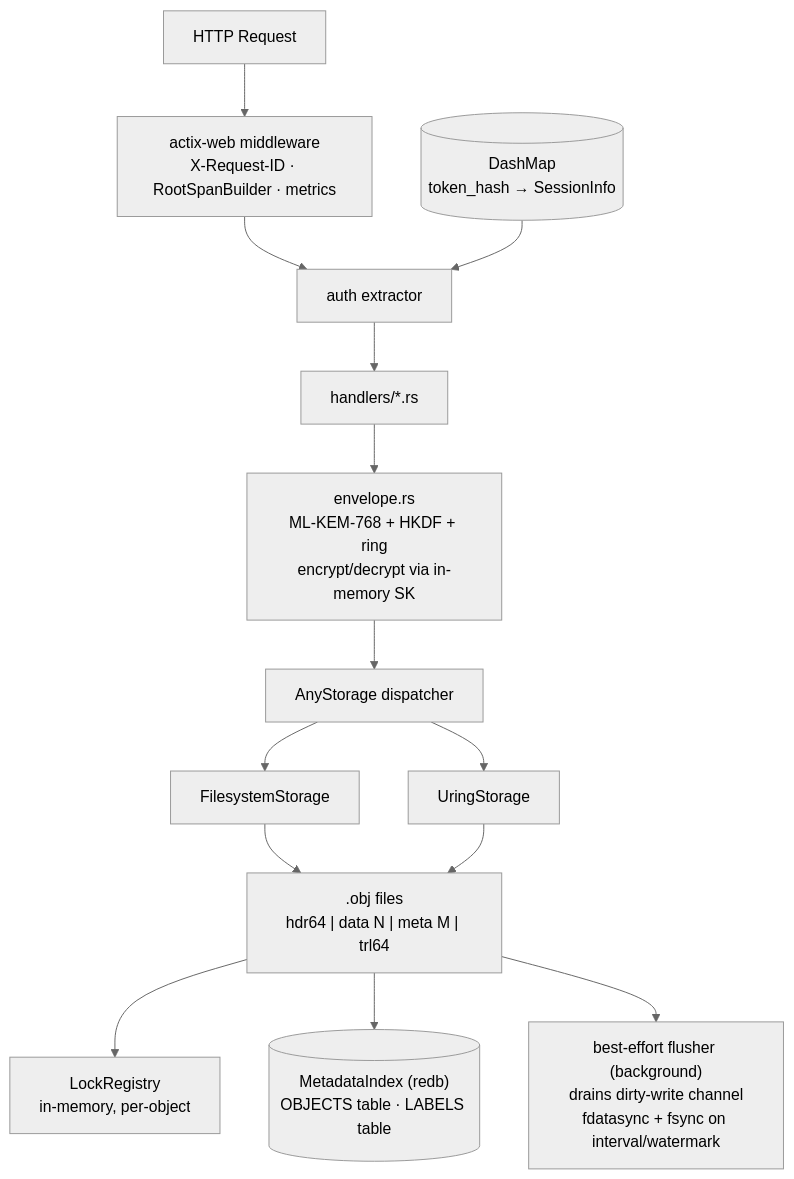
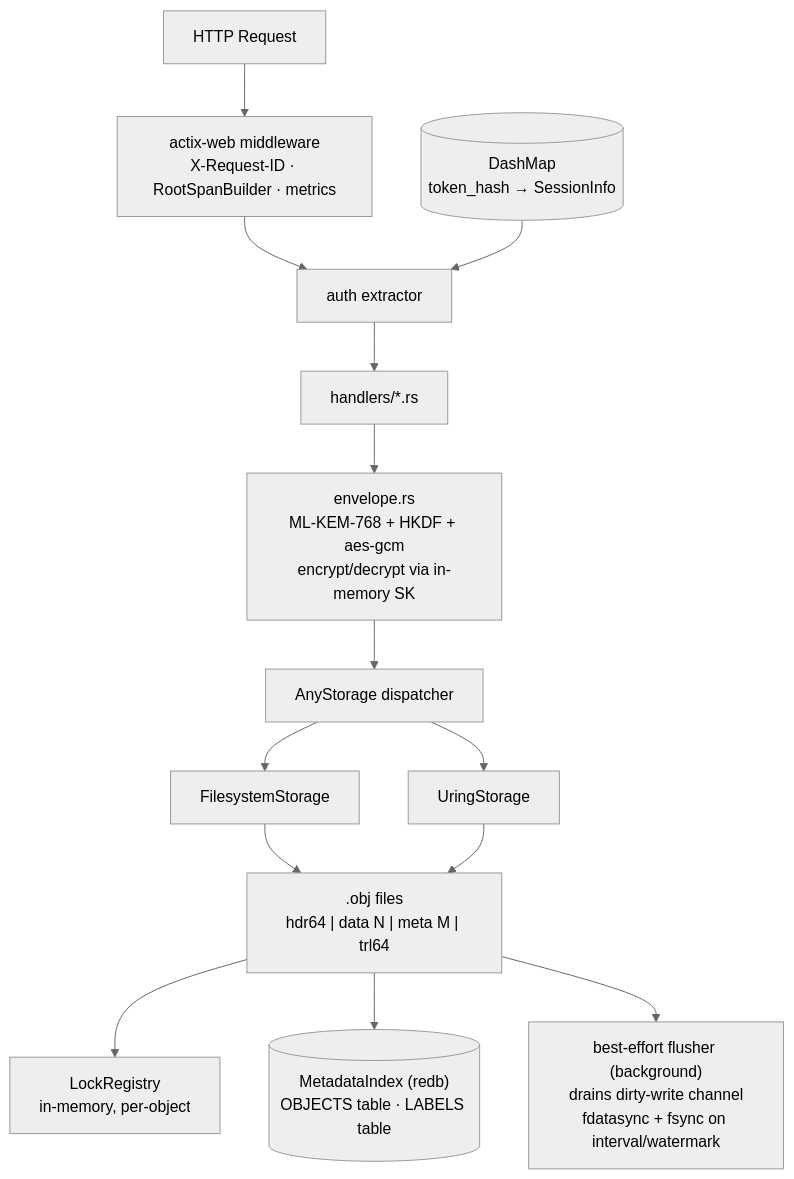
Before and after one commit to Quyzi/y2q: the first of 8 diagrams in docs/architecture.md, drawn with Mermaid (neutral theme). The commit also changed other lines of this file and 10 other files, not shown here.

````diff
--- a/docs/architecture.md
+++ b/docs/architecture.md
@@ -16,16 +16,16 @@
 ```mermaid
 flowchart TD
     HTTP[HTTP Request] --> MW["actix-web middleware\nX-Request-ID · RootSpanBuilder · metrics"]
     MW --> AUTH[auth extractor]
     SESSIONS[("DashMap\ntoken_hash → SessionInfo")] --> AUTH
     AUTH --> HANDLERS["handlers/*.rs"]
-    HANDLERS --> ENV["envelope.rs\nML-KEM-768 + HKDF + ring\nencrypt/decrypt via in-memory SK"]
+    HANDLERS --> ENV["envelope.rs\nML-KEM-768 + HKDF + aes-gcm\nencrypt/decrypt via in-memory SK"]
     ENV --> STORAGE[AnyStorage dispatcher]
     STORAGE --> FS[FilesystemStorage]
     STORAGE --> URING[UringStorage]
     FS --> OBJ[".obj files\nhdr64 | data N | meta M | trl64"]
     URING --> OBJ
     OBJ --> LOCKS["LockRegistry\nin-memory, per-object"]
     OBJ --> INDEX[("MetadataIndex (redb)\nOBJECTS table · LABELS table")]
     OBJ --> FLUSHER["best-effort flusher (background)\ndrains dirty-write channel\nfdatasync + fsync on interval/watermark"]
 ```
````
